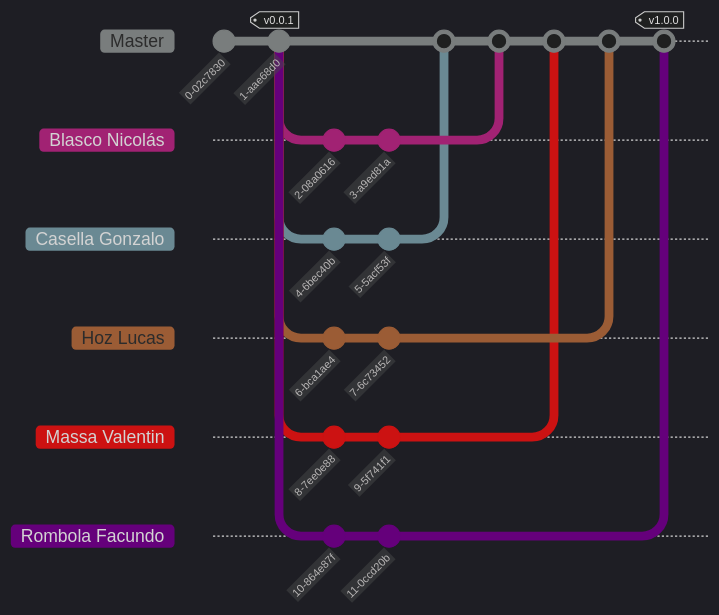
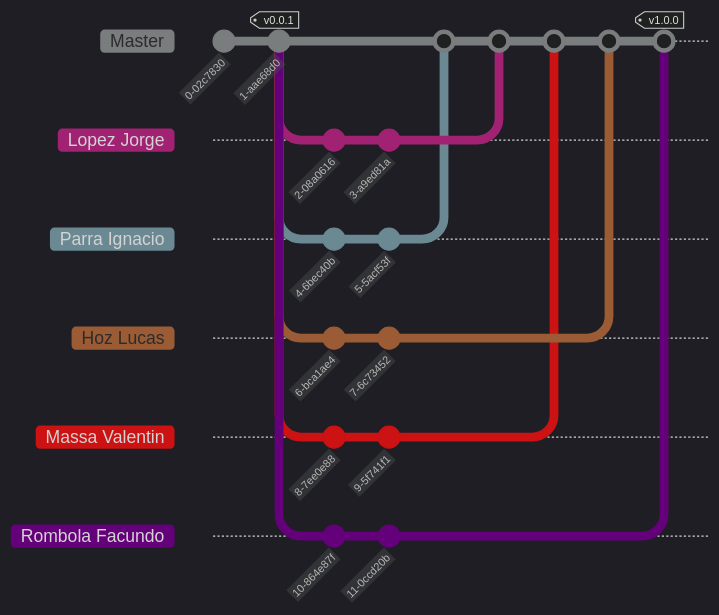
The diagram in README.md (hozlucas28/C-Algorithms-Practical-Work-2025), drawn with Mermaid before and after one commit. The commit also changed other lines of this file and 2 other files, not shown here. Commit ids are hidden.

Commit message:
doc: fix development team members

````diff
--- a/README.md
+++ b/README.md
@@ -141,31 +141,31 @@
 ```mermaid
 %%{init: { 'logLevel': 'debug', 'theme': 'dark', 'gitGraph': {'showBranches': true, 'showCommitLabel': true, 'mainBranchName': 'Master', 'parallelCommits': true}} }%%
     gitGraph:
         commit
         commit tag: "v0.0.1"
-        branch "Blasco Nicolás"
+        branch "Lopez Jorge"
         commit
         commit
         checkout Master
-        branch "Casella Gonzalo"
+        branch "Parra Ignacio"
         commit
         commit
         checkout Master
         branch "Hoz Lucas"
         commit
         commit
         checkout Master
         branch "Massa Valentin"
         commit
         commit
         checkout Master
         branch "Rombola Facundo"
         commit
         commit
         checkout Master
-        merge "Casella Gonzalo"
-        merge "Blasco Nicolás"
+        merge "Parra Ignacio"
+        merge "Lopez Jorge"
         merge "Massa Valentin"
         merge "Hoz Lucas"
         merge "Rombola Facundo" tag: "v1.0.0"
 ```
````
